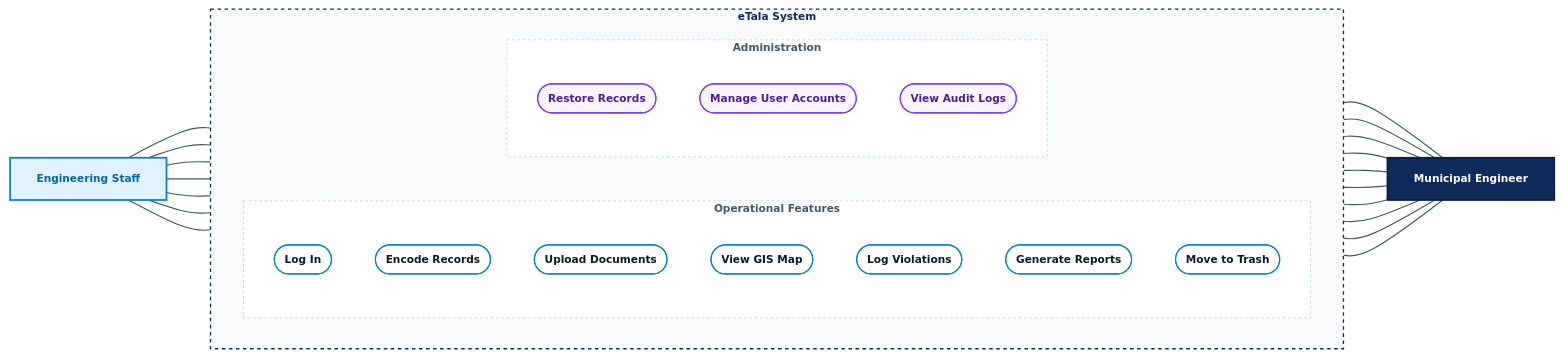
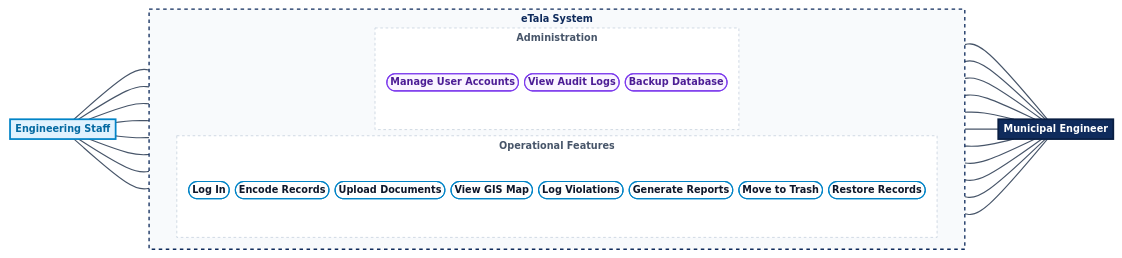
The second of 10 diagrams in ETALA_CHAPTER3_MANUSCRIPT_DESCRIPTIONS.md (unknownmaintainer/e-TALA_for_Municipal_Engineering_Office), drawn with Mermaid before and after one commit. The commit also changed other lines of this file and 3380 other files, not shown here.

````diff
--- a/ETALA_CHAPTER3_MANUSCRIPT_DESCRIPTIONS.md
+++ b/ETALA_CHAPTER3_MANUSCRIPT_DESCRIPTIONS.md
@@ -58,47 +58,60 @@
 ```mermaid
-%%{init: {'theme': 'base', 'themeVariables': {'fontFamily': 'Arial, sans-serif', 'fontSize': '12px'}}}%%
+%%{init: {
+  'theme': 'base',
+  'themeVariables': {
+    'fontFamily': 'Arial, sans-serif',
+    'fontSize': '11px'
+  },
+  'flowchart': {
+    'nodeSpacing': 7,
+    'rankSpacing': 38,
+    'padding': 3,
+    'subGraphTitleMargin': {'top': 4, 'bottom': 4}
+  }
+}}%%
 flowchart LR
     Staff["Engineering Staff"]
 
     subgraph System [" eTala System "]
         direction LR
         subgraph Ops [" Operational Features "]
             direction TB
             UC1(["Log In"])
             UC2(["Encode Records"])
             UC3(["Upload Documents"])
             UC4(["View GIS Map"])
             UC5(["Log Violations"])
             UC6(["Generate Reports"])
             UC7(["Move to Trash"])
+            UC8(["Restore Records"])
         end
 
         subgraph AdminOps [" Administration "]
             direction TB
-            UC8(["Restore Records"])
             UC9(["Manage User Accounts"])
             UC10(["View Audit Logs"])
+            UC11(["Backup Database"])
         end
     end
 
     Admin["Municipal Engineer"]
 
-    Staff --- UC1 & UC2 & UC3 & UC4 & UC5 & UC6 & UC7
-    UC1 & UC2 & UC3 & UC4 & UC5 & UC6 & UC7 --- Admin
-    UC8 & UC9 & UC10 --- Admin
+    Staff --- UC1 & UC2 & UC3 & UC4 & UC5 & UC6 & UC7 & UC8
+    UC1 & UC2 & UC3 & UC4 & UC5 & UC6 & UC7 & UC8 --- Admin
+    UC9 & UC10 & UC11 --- Admin
 
     classDef staffStyle fill:#e0f2fe,stroke:#0284c7,stroke-width:2px,color:#0369a1,font-weight:bold;
     classDef adminStyle fill:#0f2b5c,stroke:#091e42,stroke-width:2px,color:#ffffff,font-weight:bold;
     classDef ucOps fill:#ffffff,stroke:#0284c7,stroke-width:1.3px,color:#0f172a,font-weight:600;
     classDef ucAdmin fill:#faf5ff,stroke:#7c3aed,stroke-width:1.3px,color:#4c1d95,font-weight:600;
     classDef systemBox fill:#f8fafc,stroke:#0f2b5c,stroke-width:1.5px,stroke-dasharray: 4 4,color:#0f2b5c,font-weight:bold;
     classDef subBox fill:#ffffff,stroke:#cbd5e1,stroke-width:1px,stroke-dasharray: 3 3,color:#475569,font-weight:600;
 
     class Staff staffStyle;
     class Admin adminStyle;
-    class UC1,UC2,UC3,UC4,UC5,UC6,UC7 ucOps;
-    class UC8,UC9,UC10 ucAdmin;
+    class UC1,UC2,UC3,UC4,UC5,UC6,UC7,UC8 ucOps;
+    class UC9,UC10,UC11 ucAdmin;
     class System systemBox;
     class Ops,AdminOps subBox;
     linkStyle default stroke:#475569,stroke-width:1.3px;
 ```
````
